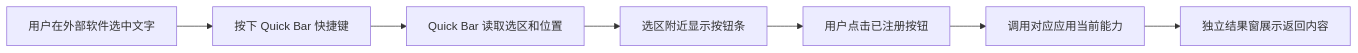
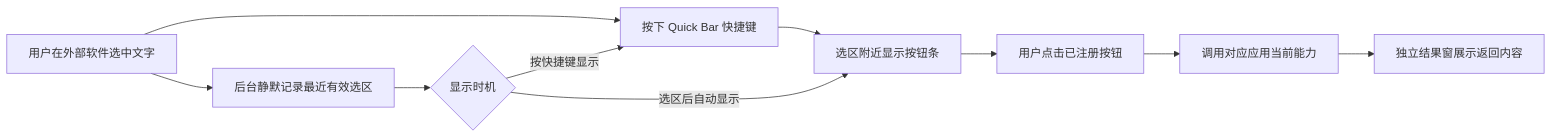
The first of 2 diagrams in apps/quick-bar/README.md (noelle-silva/fast-window), drawn with Mermaid before and after one commit. The commit also changed other lines of this file and 10 other files, not shown here.

Commit message:
Quick Bar 全局召唤机制收尾

````diff
--- a/apps/quick-bar/README.md
+++ b/apps/quick-bar/README.md
@@ -19,9 +21,12 @@
 ```mermaid
 flowchart LR
   A[用户在外部软件选中文字] --> B[按下 Quick Bar 快捷键]
-  B --> C[Quick Bar 读取选区和位置]
-  C --> D[选区附近显示按钮条]
-  D --> E[用户点击已注册按钮]
-  E --> F[调用对应应用当前能力]
-  F --> G[独立结果窗展示返回内容]
+  A --> C[后台静默记录最近有效选区]
+  C --> D{显示时机}
+  D -->|按快捷键显示| B
+  D -->|选区后自动显示| E[选区附近显示按钮条]
+  B --> E
+  E --> F[用户点击已注册按钮]
+  F --> G[调用对应应用当前能力]
+  G --> H[独立结果窗展示返回内容]
 ```
````
